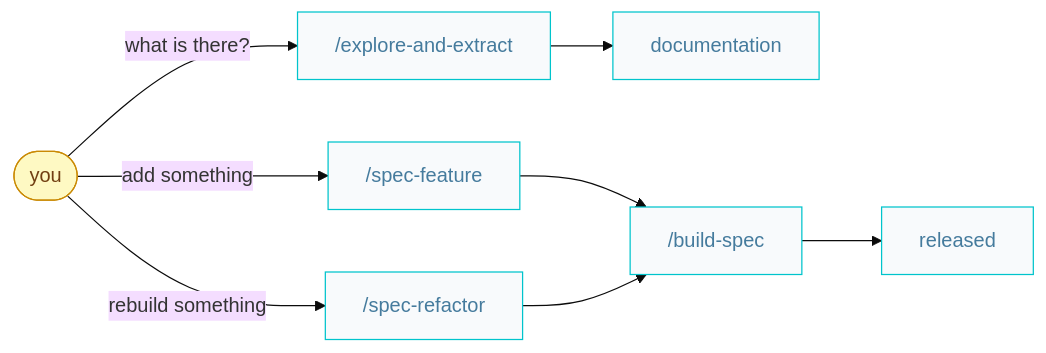
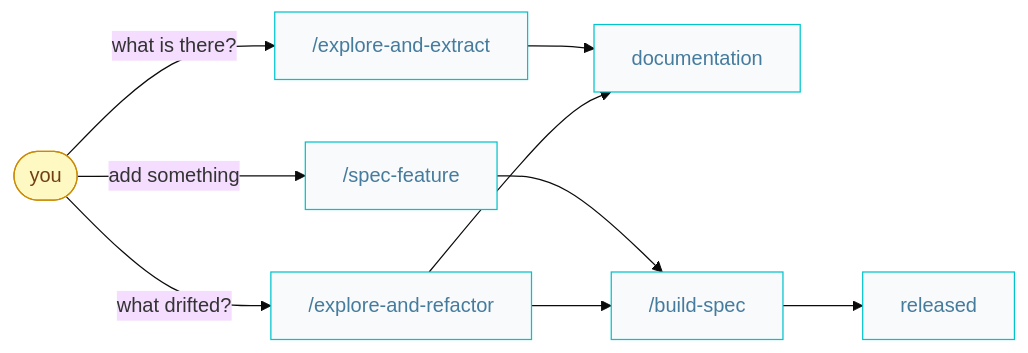
The first of 5 diagrams in docs/AIDD.workflow.md (AIDDbot/AIDDbot), drawn with Mermaid (base theme) before and after one commit. The commit also changed other lines of this file and 24 other files, not shown here.

````diff
--- a/docs/AIDD.workflow.md
+++ b/docs/AIDD.workflow.md
@@ -24,16 +24,17 @@
 ```mermaid
 flowchart LR
   classDef nd fill:#f8fafc,stroke:#00c4cc,color:#457b9d
   classDef hum fill:#fef9c3,stroke:#ca8a04,color:#713f12
 
   YOU([you]):::hum
 
   YOU -->|"what is there?"| EXP["/explore-and-extract"]:::nd
   YOU -->|"add something"| FEA["/spec-feature"]:::nd
-  YOU -->|"rebuild something"| REF["/spec-refactor"]:::nd
+  YOU -->|"what drifted?"| DRF["/explore-and-refactor"]:::nd
 
   EXP --> DOC["documentation"]:::nd
   FEA --> BLD["/build-spec"]:::nd
-  REF --> BLD
+  DRF --> DOC
+  DRF --> BLD
   BLD --> REL["released"]:::nd
 ```
````
